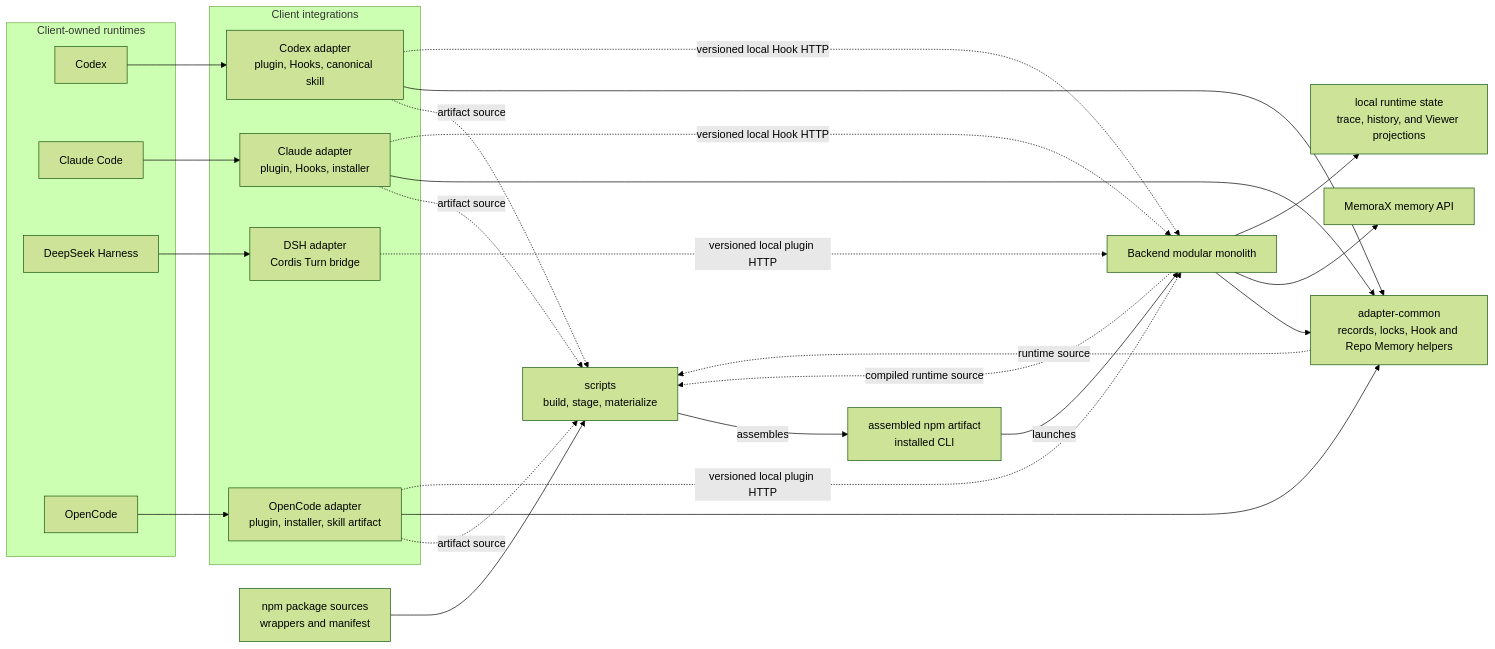
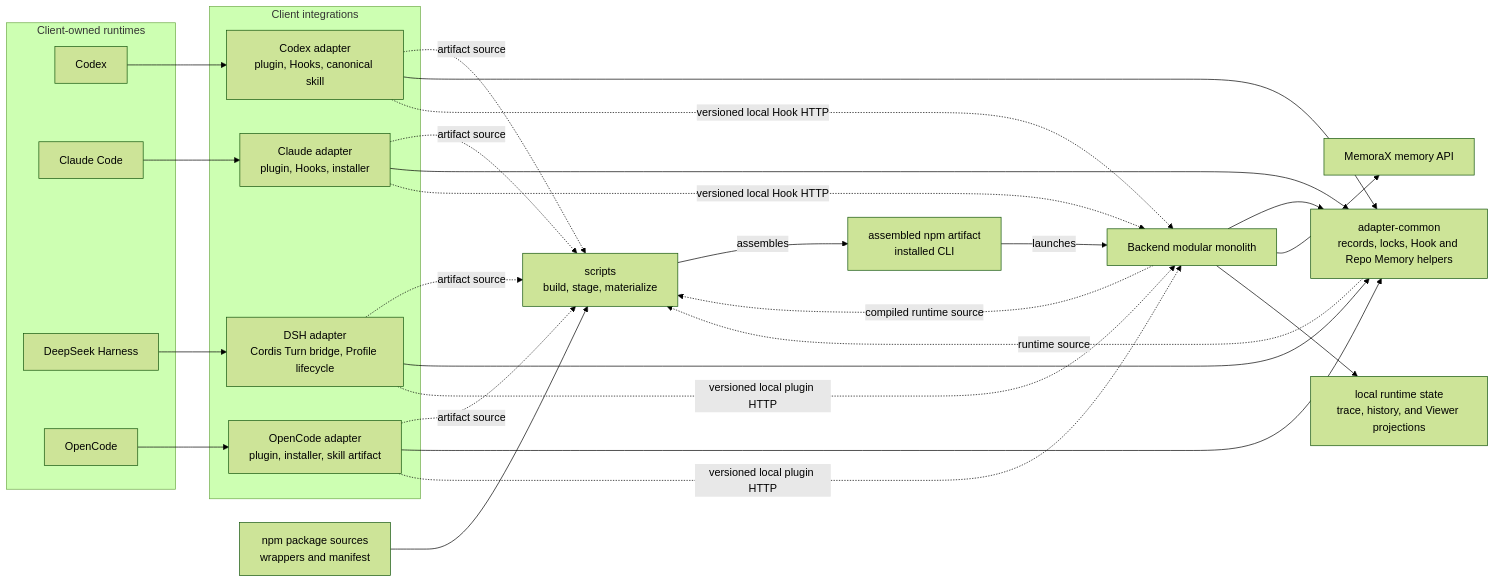
Before and after one commit to LimFang/memorax-code: the first of 6 diagrams in ARCHITECTURE.md, drawn with Mermaid (forest theme). The commit also changed other lines of this file and 7 other files, not shown here.

Commit message:
docs:(dsh) document managed profile support

````diff
--- a/ARCHITECTURE.md
+++ b/ARCHITECTURE.md
@@ -44,50 +40,52 @@
 ```mermaid
 flowchart LR
   subgraph Clients["Client-owned runtimes"]
     Codex["Codex"]
     Claude["Claude Code"]
     DSH["DeepSeek Harness"]
     OpenCode["OpenCode"]
   end
 
   subgraph Adapters["Client integrations"]
     CodexAdapter["Codex adapter<br/>plugin, Hooks, canonical skill"]
     ClaudeAdapter["Claude adapter<br/>plugin, Hooks, installer"]
-    DshAdapter["DSH adapter<br/>Cordis Turn bridge"]
+    DshAdapter["DSH adapter<br/>Cordis Turn bridge, Profile lifecycle"]
     OpenCodeAdapter["OpenCode adapter<br/>plugin, installer, skill artifact"]
   end
 
   Common["adapter-common<br/>records, locks, Hook and Repo Memory helpers"]
   Backend["Backend modular monolith"]
   Npm["npm package sources<br/>wrappers and manifest"]
   Build["scripts<br/>build, stage, materialize"]
   Artifact["assembled npm artifact<br/>installed CLI"]
   MemoraX["MemoraX memory API"]
   Local["local runtime state<br/>trace, history, and Viewer projections"]
 
   Npm --> Build
   Backend -. "compiled runtime source" .-> Build
   Common -. "runtime source" .-> Build
   CodexAdapter -. "artifact source" .-> Build
   ClaudeAdapter -. "artifact source" .-> Build
+  DshAdapter -. "artifact source" .-> Build
   OpenCodeAdapter -. "artifact source" .-> Build
   Build -->|"assembles"| Artifact
   Artifact -->|"launches"| Backend
 
   Backend --> Common
   CodexAdapter --> Common
   ClaudeAdapter --> Common
+  DshAdapter --> Common
   OpenCodeAdapter --> Common
 
   Codex --> CodexAdapter
   Claude --> ClaudeAdapter
   DSH --> DshAdapter
   OpenCode --> OpenCodeAdapter
   CodexAdapter -. "versioned local Hook HTTP" .-> Backend
   ClaudeAdapter -. "versioned local Hook HTTP" .-> Backend
   DshAdapter -. "versioned local plugin HTTP" .-> Backend
   OpenCodeAdapter -. "versioned local plugin HTTP" .-> Backend
 
   Backend --> MemoraX
   Backend --> Local
 ```
````
